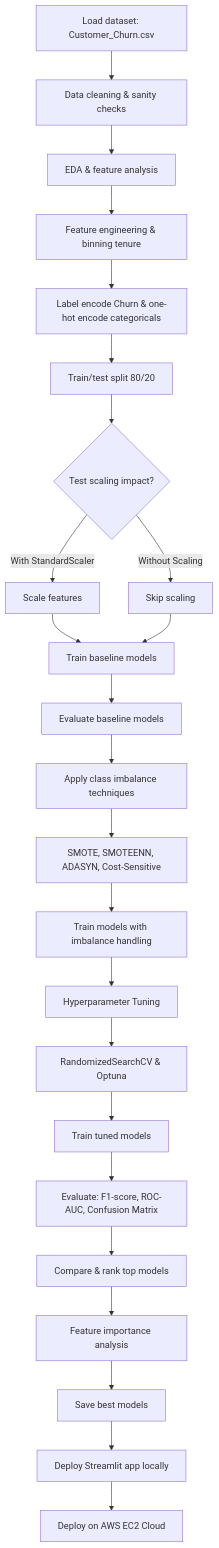
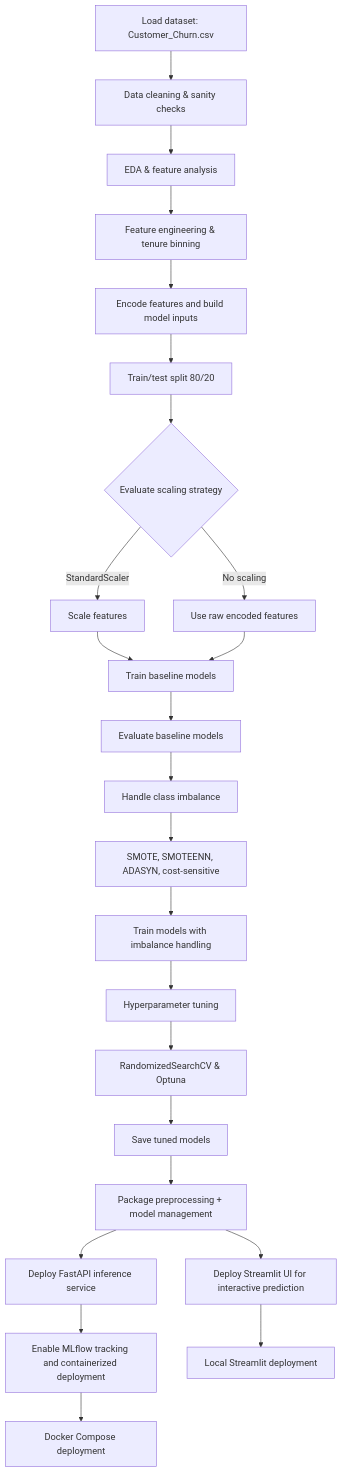
One commit to Sambit2424/Telecom_Customer_Churn_Prediction changed the diagram in README.md. Above: the diagram before and after it, drawn with Mermaid. The commit also changed other lines of this file and 16 other files, not shown here.

````diff
--- a/README.md
+++ b/README.md
@@ -28,26 +28,26 @@
 ```mermaid
 flowchart TD
     A[Load dataset: Customer_Churn.csv] --> B[Data cleaning & sanity checks]
     B --> C[EDA & feature analysis]
-    C --> D[Feature engineering & binning tenure]
-    D --> E[Label encode Churn & one-hot encode categoricals]
+    C --> D[Feature engineering & tenure binning]
+    D --> E[Encode features and build model inputs]
     E --> F[Train/test split 80/20]
-    F --> G{Test scaling impact?}
-    G -->|With StandardScaler| H[Scale features]
-    G -->|Without Scaling| I[Skip scaling]
+    F --> G{Evaluate scaling strategy}
+    G -->|StandardScaler| H[Scale features]
+    G -->|No scaling| I[Use raw encoded features]
     H --> J[Train baseline models]
     I --> J
     J --> K[Evaluate baseline models]
-    K --> L[Apply class imbalance techniques]
-    L --> M[SMOTE, SMOTEENN, ADASYN, Cost-Sensitive]
+    K --> L[Handle class imbalance]
+    L --> M[SMOTE, SMOTEENN, ADASYN, cost-sensitive]
     M --> N[Train models with imbalance handling]
-    N --> O[Hyperparameter Tuning]
+    N --> O[Hyperparameter tuning]
     O --> P[RandomizedSearchCV & Optuna]
-    P --> Q[Train tuned models]
-    Q --> R[Evaluate: F1-score, ROC-AUC, Confusion Matrix]
-    R --> S[Compare & rank top models]
-    S --> T[Feature importance analysis]
-    T --> U[Save best models]
-    U --> V[Deploy Streamlit app locally]
-    V --> W[Deploy on AWS EC2 Cloud]
+    P --> Q[Save tuned models]
+    Q --> R[Package preprocessing + model management]
+    R --> S[Deploy Streamlit UI for interactive prediction]
+    R --> T[Deploy FastAPI inference service]
+    T --> U[Enable MLflow tracking and containerized deployment]
+    S --> V[Local Streamlit deployment]
+    U --> W[Docker Compose deployment]
 ```
````
